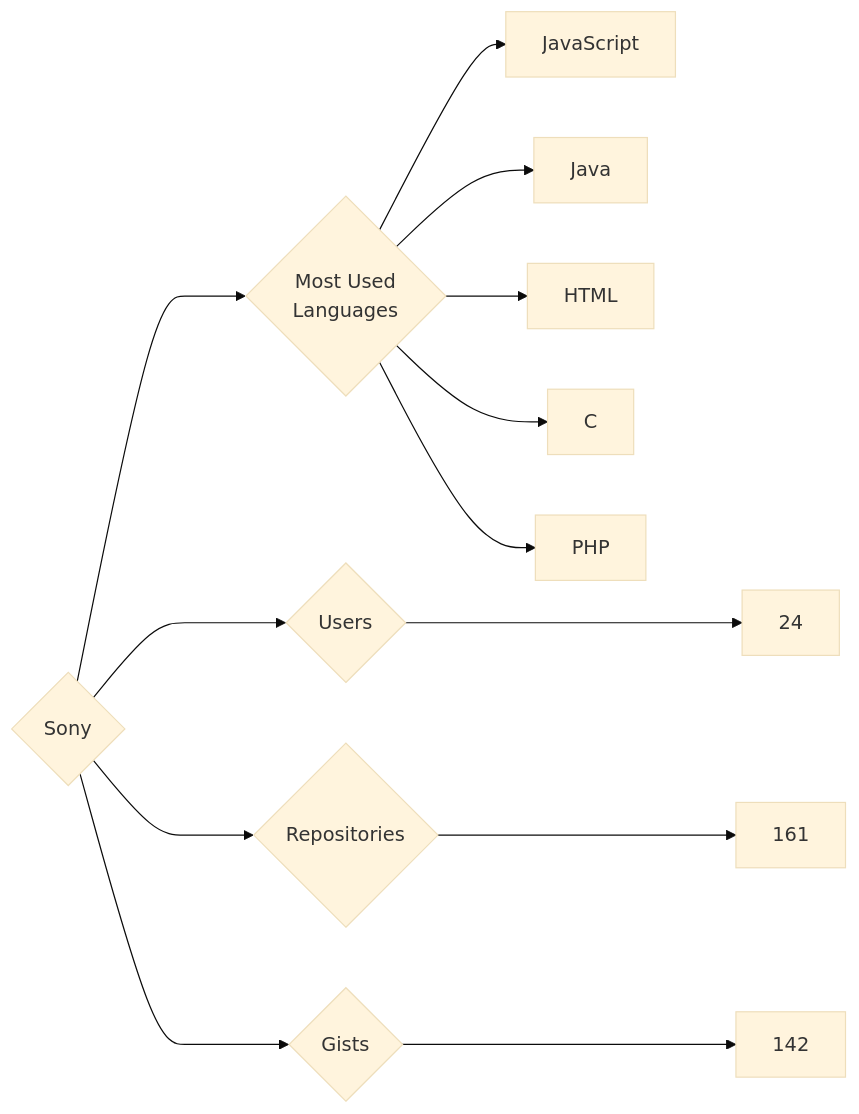
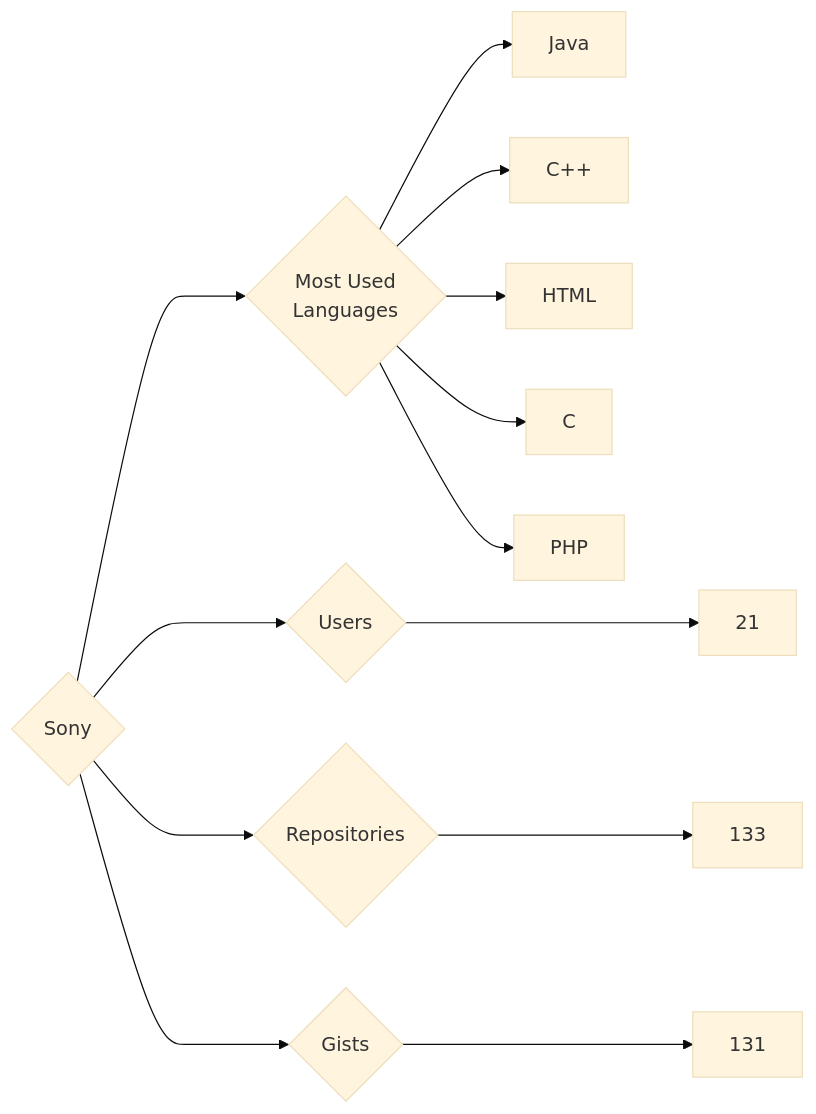
The diagram in targets/Sony/README.md (trickest/insiders), drawn with Mermaid (base theme) before and after one commit. The commit also changed 969 other files, not shown here.

````diff
--- a/targets/Sony/README.md
+++ b/targets/Sony/README.md
@@ -3,13 +3,13 @@
 ```mermaid
 graph LR
 COMPANY_NAME{Sony}
-COMPANY_NAME ---> U{Users} ---> UN[24]
-COMPANY_NAME ---> R{Repositories} ---> RN[161]
-COMPANY_NAME ---> G{Gists} ---> GN[142]
+COMPANY_NAME ---> U{Users} ---> UN[21]
+COMPANY_NAME ---> R{Repositories} ---> RN[133]
+COMPANY_NAME ---> G{Gists} ---> GN[131]
 COMPANY_NAME ---> ML{Most Used<br>Languages}
-ML --> JavaScript[JavaScript]
 ML --> Java[Java]
+ML --> C++[C++]
 ML --> HTML[HTML]
 ML --> C[C]
 ML --> PHP[PHP]
 ```
````
